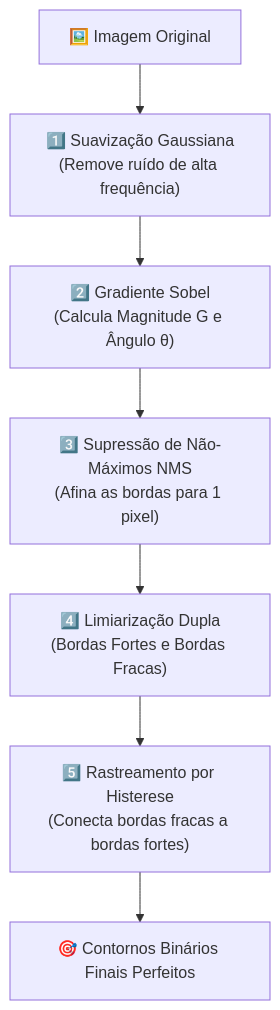
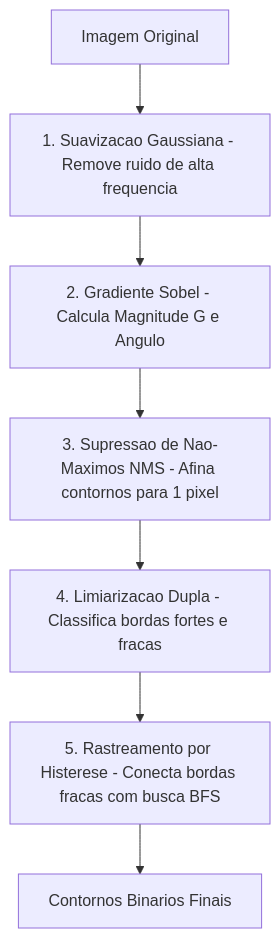
The diagram in docs/src/content/docs/pdi/deteccao-de-bordas-e-canny.md (Gabriel-Freitas-S/CGPDI.StudyLab), drawn with Mermaid before and after one commit. The commit also changed other lines of this file and 35 other files, not shown here.

Commit message:
docs: aprimorar linguagem didatica e suporte nativo a diagramas Mermaid

````diff
--- a/docs/src/content/docs/pdi/deteccao-de-bordas-e-canny.md
+++ b/docs/src/content/docs/pdi/deteccao-de-bordas-e-canny.md
@@ -79,9 +30,9 @@
 ```mermaid
 graph TD
-    A[🖼️ Imagem Original] --> B["1️⃣ Suavização Gaussiana\n(Remove ruído de alta frequência)"]
-    B --> C["2️⃣ Gradiente Sobel\n(Calcula Magnitude G e Ângulo θ)"]
-    C --> D["3️⃣ Supressão de Não-Máximos NMS\n(Afina as bordas para 1 pixel)"]
-    D --> E["4️⃣ Limiarização Dupla\n(Bordas Fortes e Bordas Fracas)"]
-    E --> F["5️⃣ Rastreamento por Histerese\n(Conecta bordas fracas a bordas fortes)"]
-    F --> G[🎯 Contornos Binários Finais Perfeitos]
+    A[Imagem Original] --> B[1. Suavizacao Gaussiana - Remove ruido de alta frequencia]
+    B --> C[2. Gradiente Sobel - Calcula Magnitude G e Angulo]
+    C --> D[3. Supressao de Nao-Maximos NMS - Afina contornos para 1 pixel]
+    D --> E[4. Limiarizacao Dupla - Classifica bordas fortes e fracas]
+    E --> F[5. Rastreamento por Histerese - Conecta bordas fracas com busca BFS]
+    F --> G[Contornos Binarios Finais]
 ```
````
